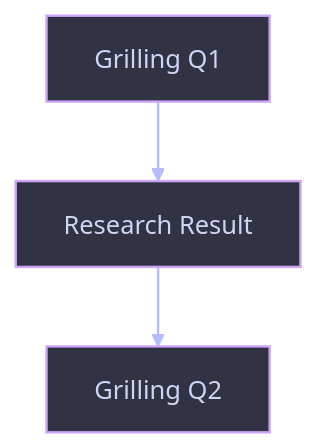
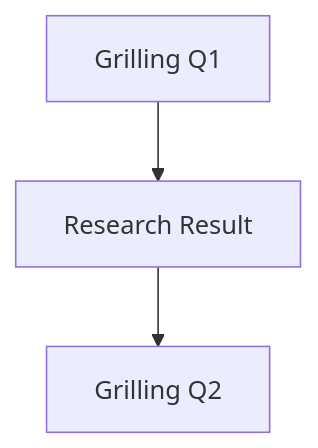
Before and after one commit to daandden/vstack: the diagram in plugin/skills/flow-page/evals/figures/missing-distinction.mmd, drawn with Mermaid. The commit also changed 61 other files, not shown here.

First line of the commit message:
feat(flow-page): require Decision briefs for new questions

```diff
--- a/plugin/skills/flow-page/evals/figures/missing-distinction.mmd
+++ b/plugin/skills/flow-page/evals/figures/missing-distinction.mmd
@@ -1,7 +1,2 @@
 flowchart TD
-    classDef default fill:#313244,stroke:#cba6f7,color:#cdd6f4,stroke-width:1.5px;
-    classDef ok fill:#313244,stroke:#a6e3a1,color:#a6e3a1;
-    classDef warn fill:#313244,stroke:#fab387,color:#fab387;
-    classDef bad fill:#313244,stroke:#f38ba8,color:#f38ba8;
-    linkStyle default stroke:#b4befe,stroke-width:1.5px;
     Q1["Grilling Q1"] --> R["Research Result"] --> Q2["Grilling Q2"]
```
